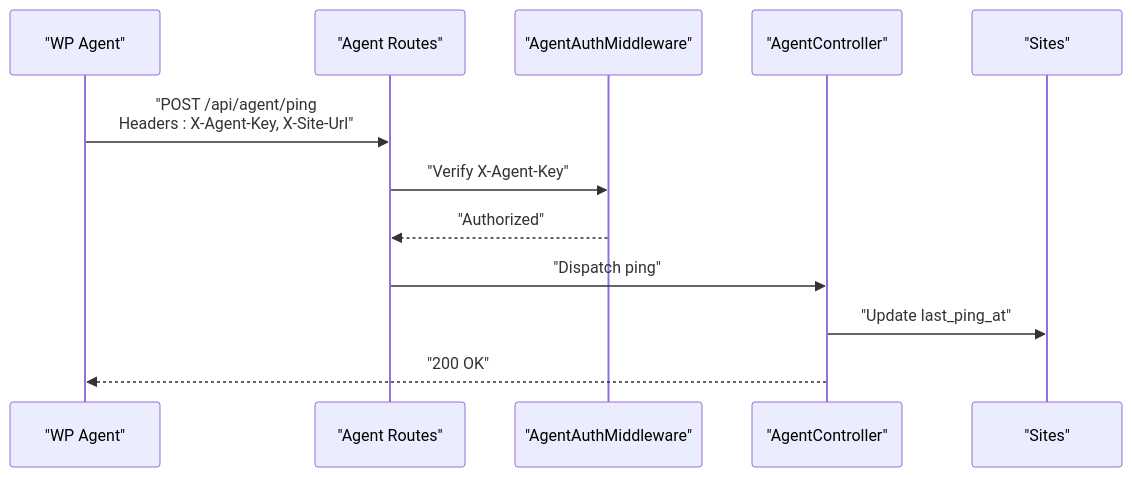
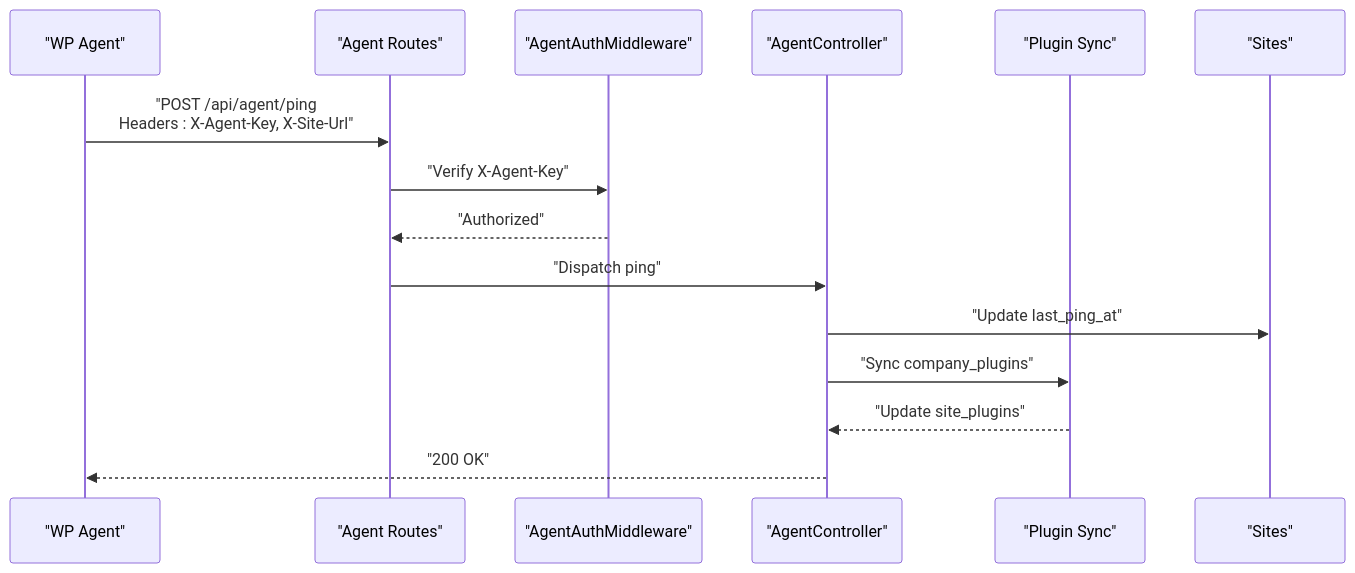
Before and after one commit to FCS-WP/website_portal: the eighth of 12 diagrams in .qoder/repowiki/en/content/Site Management System/Site Management System.md, drawn with Mermaid. The commit also changed other lines of this file and 89 other files, not shown here.

````diff
--- a/.qoder/repowiki/en/content/Site Management System/Site Management System.md
+++ b/.qoder/repowiki/en/content/Site Management System/Site Management System.md
@@ -353,14 +422,17 @@
 ```mermaid
 sequenceDiagram
 participant Agent as "WP Agent"
 participant API as "Agent Routes"
 participant Auth as "AgentAuthMiddleware"
 participant Ctrl as "AgentController"
+participant Sync as "Plugin Sync"
 participant Site as "Sites"
 Agent->>API : "POST /api/agent/ping<br/>Headers : X-Agent-Key, X-Site-Url"
 API->>Auth : "Verify X-Agent-Key"
 Auth-->>API : "Authorized"
 API->>Ctrl : "Dispatch ping"
 Ctrl->>Site : "Update last_ping_at"
+Ctrl->>Sync : "Sync company_plugins"
+Sync-->>Ctrl : "Update site_plugins"
 Ctrl-->>Agent : "200 OK"
 ```
````
